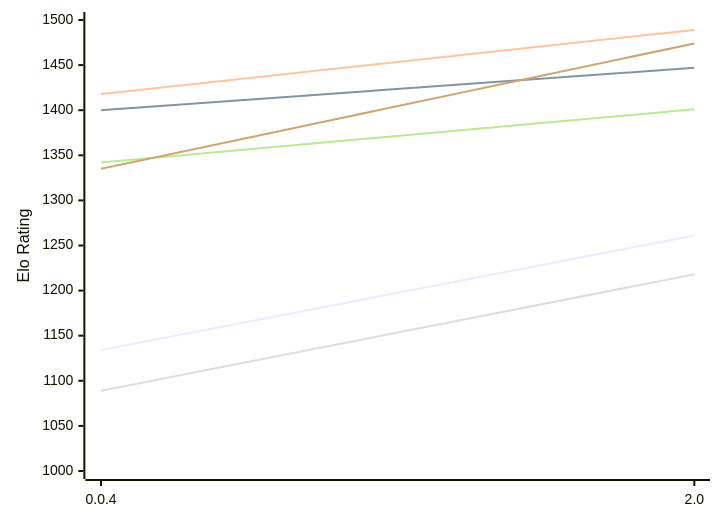
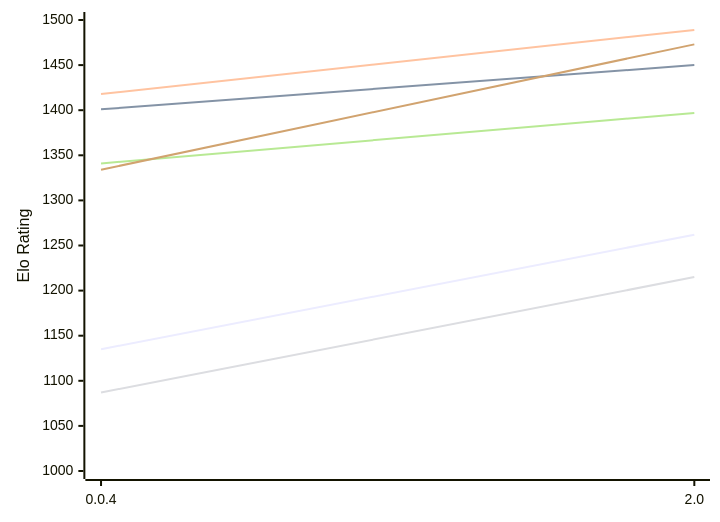
The first of 2 diagrams in engines/Oops!Mate.md (computer-chess-index/cci), drawn with Mermaid before and after one commit. The commit also changed other lines of this file, not shown here.

Commit message:
Update CCI Ratings (ELO VLTC) - 2026-11-19

````diff
--- a/engines/Oops!Mate.md
+++ b/engines/Oops!Mate.md
@@ -50,12 +50,12 @@
 ```mermaid
 %%{init: {"theme":"base","themeVariables":{"seriesColors:['#a3a3a3','#222221','#faa371']}}}%%
 xychart-beta
   x-axis ["0.0.4", "2.0"]
   y-axis "Elo Rating" 1000 --> 1500
-  line "E1: STC (8.0+0.08s)" [1134, 1261]
-  line "E1: LTC (60.0+0.60s)" [1400, 1447]
+  line "E1: STC (8.0+0.08s)" [1135, 1262]
+  line "E1: LTC (60.0+0.60s)" [1401, 1450]
   line "E1: VLTC (2m24s+1.12s)" [1418, 1489]
-  line "P1: STC (8.0+0.08s)" [1089, 1218]
-  line "P1: LTC (60.0+0.60s)" [1342, 1401]
-  line "P1: VLTC (2m24s+1.12s)" [1335, 1474]
+  line "P1: STC (8.0+0.08s)" [1087, 1215]
+  line "P1: LTC (60.0+0.60s)" [1341, 1397]
+  line "P1: VLTC (2m24s+1.12s)" [1334, 1473]
 ```
````
